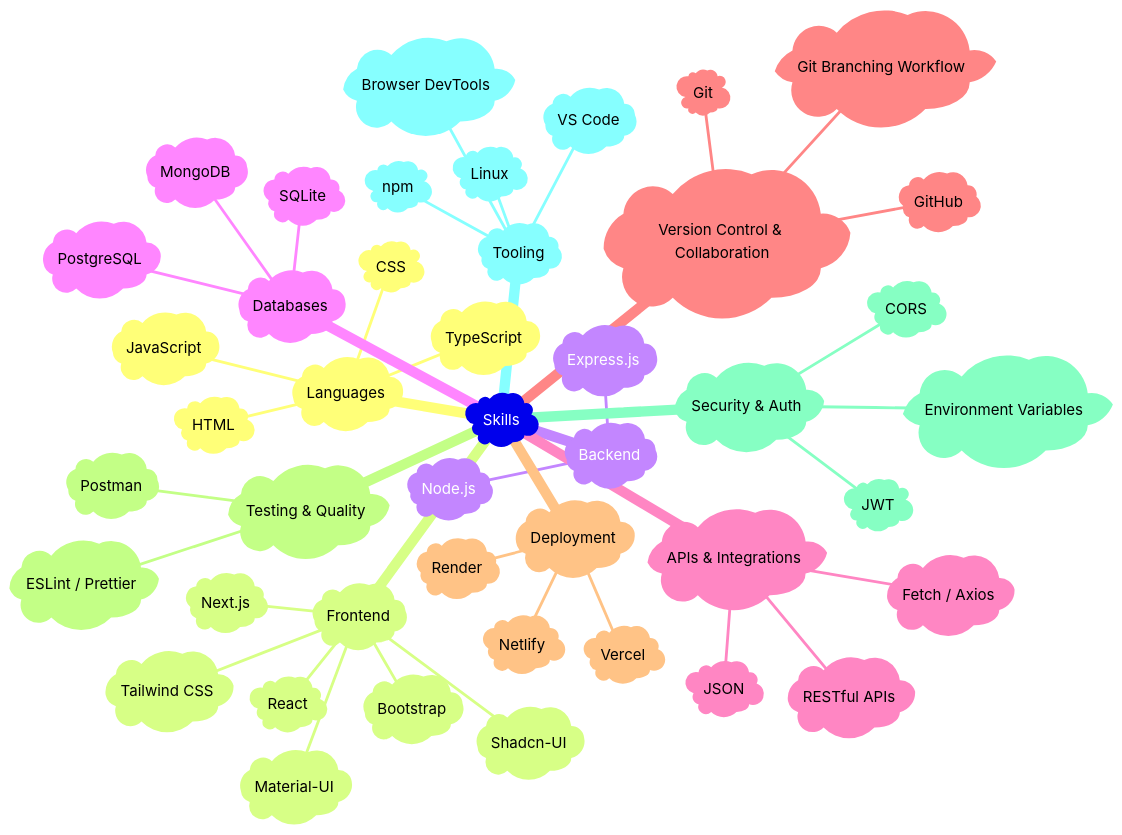
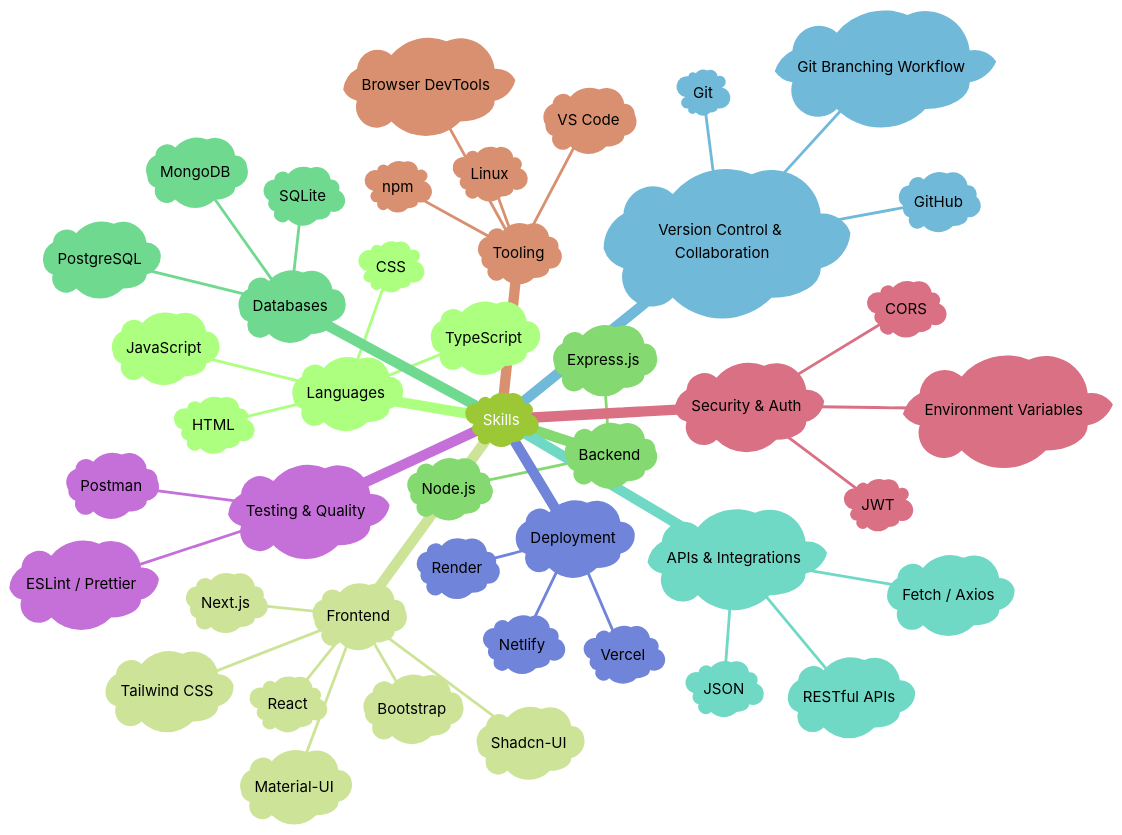
One commit to shantoopaul/shantoopaul changed the diagram in README.md. Above: the diagram before and after it, drawn with Mermaid.

Commit message:
rearranging style

````diff
--- a/README.md
+++ b/README.md
@@ -30,47 +30,51 @@
 ```mermaid
+---
+config:
+  theme: 'forest'
+---
 mindmap
     root)Skills(
         )Languages(
             )JavaScript(
             )TypeScript(
             )HTML(
             )CSS(
         )Frontend(
             )React(
             )Next.js(
             )Tailwind CSS(
             )Material-UI(
             )Shadcn-UI(
             )Bootstrap(
         )Backend(
             )Node.js(
             )Express.js(
         )Databases(
             )MongoDB(
             )SQLite(
             )PostgreSQL(
         )APIs & Integrations(
             )RESTful APIs(
             )JSON(
             )Fetch / Axios(
         )Version Control & Collaboration(
             )Git(
             )GitHub(
             )Git Branching Workflow(
         )Deployment(
             )Vercel(
             )Netlify(
             )Render(
         )Testing & Quality(
             )Postman(
             )ESLint / Prettier(
         )Security & Auth(
             )JWT(
             )Environment Variables(
             )CORS(
         )Tooling(
             )VS Code(
             )npm(
             )Browser DevTools(
             )Linux(
 ```
````
